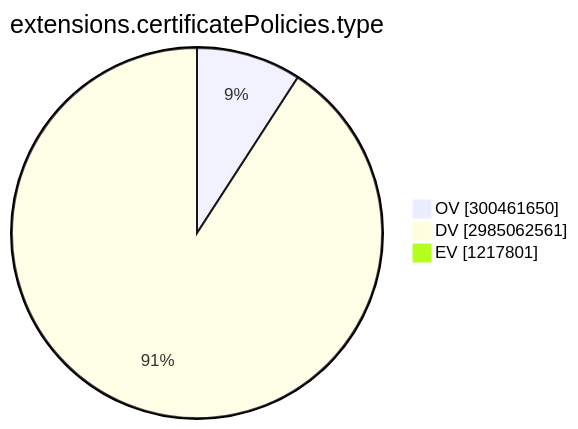
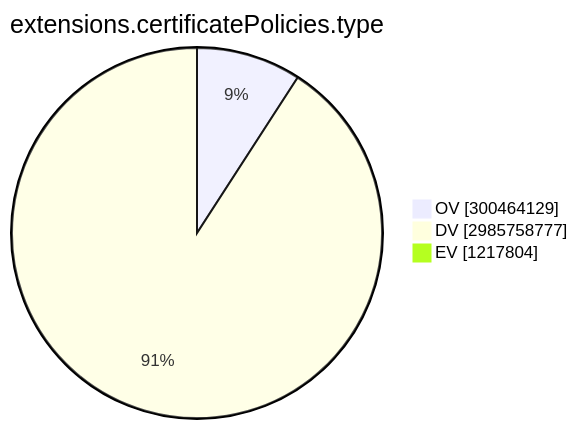
One commit to christiankrug/ctmonitor_visualization changed the ninth of 15 diagrams in TOTAL/README.md. Above: the diagram before and after it, drawn with Mermaid. The commit also changed other lines of this file, not shown here.

````diff
--- a/TOTAL/README.md
+++ b/TOTAL/README.md
@@ -3102,7 +3102,7 @@
 ```mermaid
 pie showData
 title extensions.certificatePolicies.type
-"OV" :300461650
-"DV" :2985062561
-"EV" :1217801
+"OV" :300464129
+"DV" :2985758777
+"EV" :1217804
 ```
````
